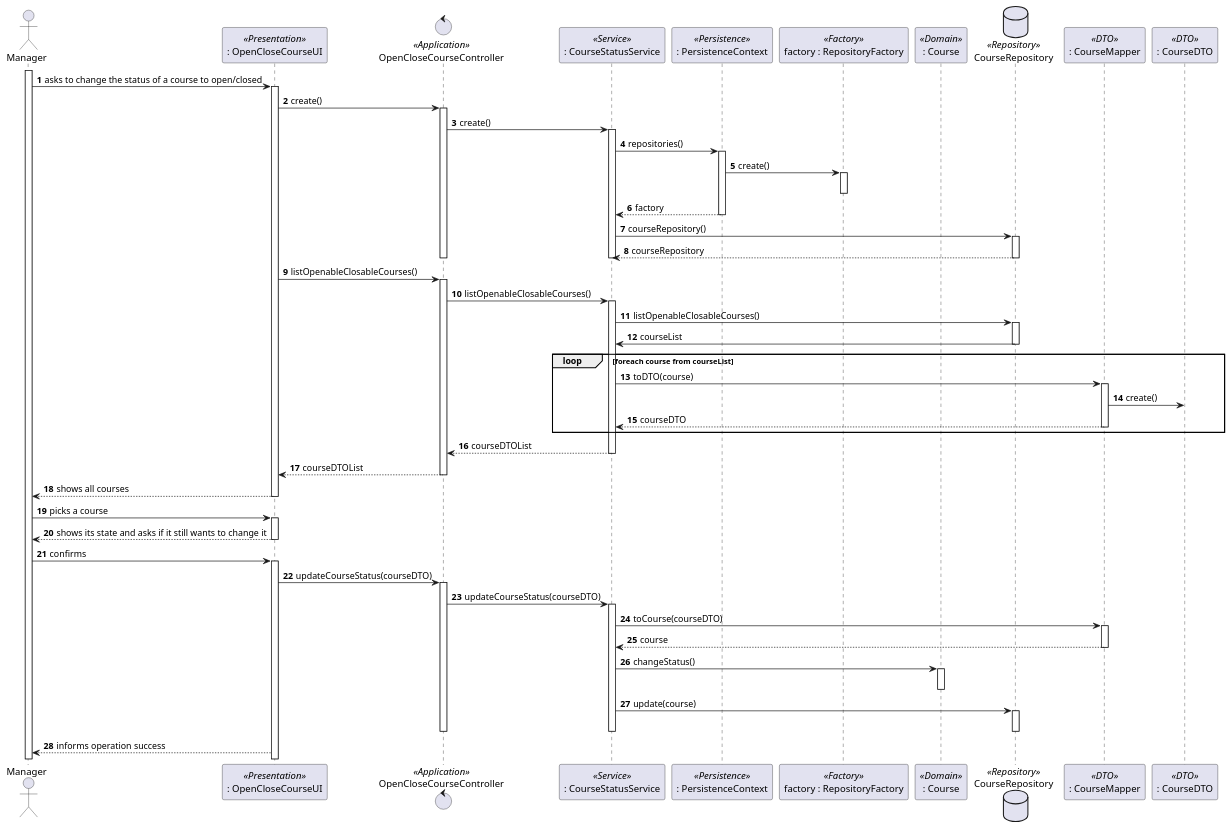
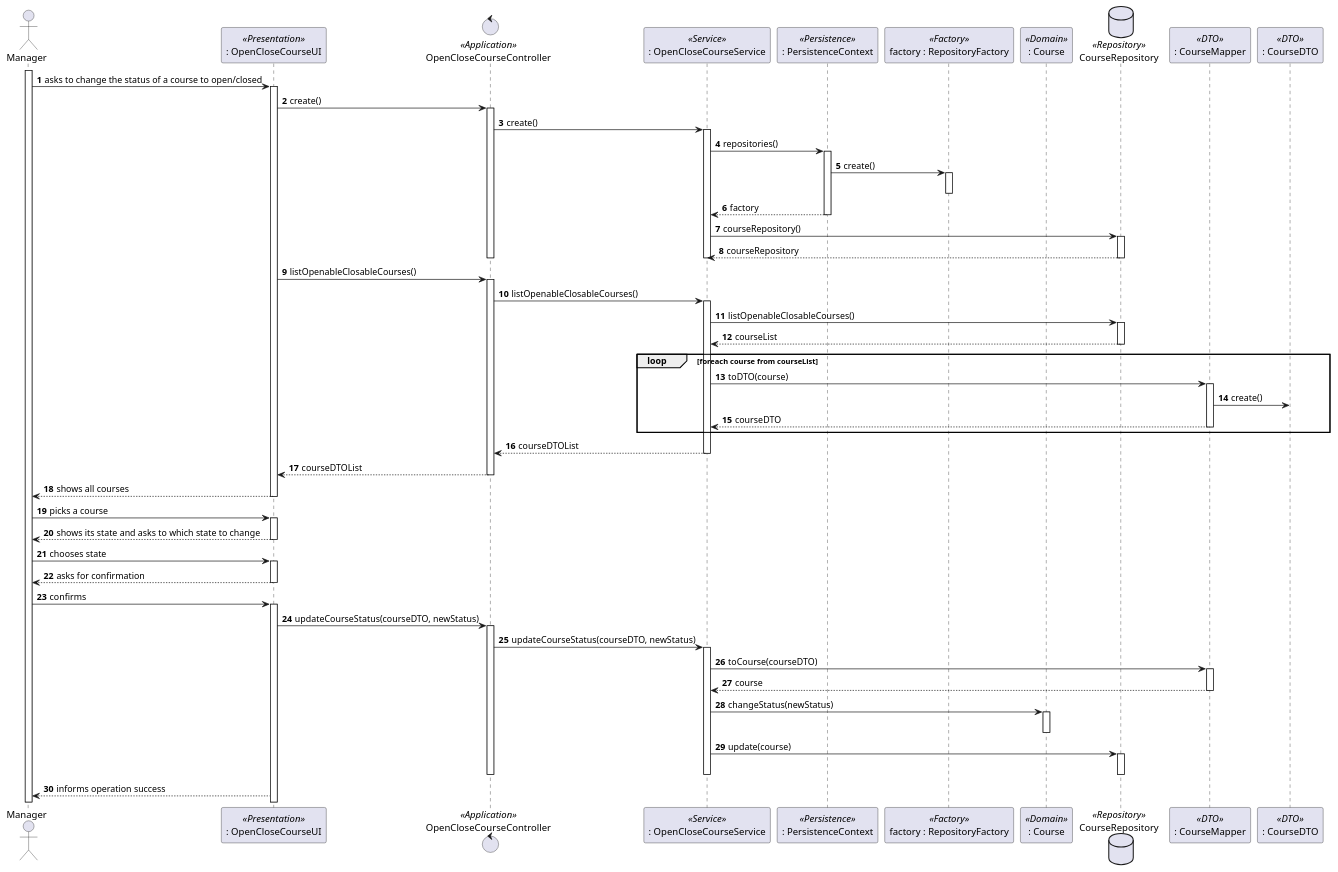
One commit to Marco-Nobrega-Andrade/sem4pi_22_23 changed the diagram in docs/Sprint_B/us_1004/us_1004_SD.puml. Above: the diagram before and after it, drawn with PlantUML. The commit also changed 1 other file, not shown here.

```diff
--- a/docs/Sprint_B/us_1004/us_1004_SD.puml
+++ b/docs/Sprint_B/us_1004/us_1004_SD.puml
@@ -1,91 +1,95 @@
 @startuml
 autonumber
 actor "Manager" as MGR
 
 participant ": OpenCloseCourseUI" as UI <<Presentation>>
 control "OpenCloseCourseController" as CTRL <<Application>>
-participant ": CourseStatusService" as CSS <<Service>>
+participant ": OpenCloseCourseService" as CSS <<Service>>
 participant ": PersistenceContext" as PC <<Persistence>>
 participant "factory : RepositoryFactory" as RF <<Factory>>
 participant ": Course" as C <<Domain>>
 database CourseRepository as CR <<Repository>>
 participant ": CourseMapper" as CM <<DTO>>
 participant ": CourseDTO" as CDTO <<DTO>>
 
 activate MGR
 MGR -> UI : asks to change the status of a course to open/closed
 activate UI
 UI -> CTRL : create()
 activate CTRL
 CTRL -> CSS : create()
 activate CSS
 CSS -> PC : repositories()
 activate PC
 PC -> RF : create()
 activate RF
 deactivate RF
 PC --> CSS : factory
 deactivate PC
 CSS ->CR : courseRepository()
 activate CR
 CR --> CSS : courseRepository
 deactivate CR
 deactivate CSS
 deactivate CTRL
 
 
 UI->CTRL : listOpenableClosableCourses()
 activate CTRL
 CTRL-> CSS : listOpenableClosableCourses()
 activate CSS
 CSS -> CR : listOpenableClosableCourses()
 activate CR
-CR -> CSS : courseList
+CR --> CSS : courseList
 deactivate CR
 deactivate CR
 loop foreach course from courseList
 CSS -> CM : toDTO(course)
 activate CM
 CM -> CDTO : create()
 deactivate CDTO
 CM --> CSS : courseDTO
 deactivate CM
 end loop
 CSS --> CTRL : courseDTOList
 deactivate CSS
 CTRL --> UI : courseDTOList
 deactivate CTRL
 
 UI --> MGR : shows all courses
 deactivate UI
 
 MGR -> UI : picks a course
 activate UI
 
-UI --> MGR : shows its state and asks if it still wants to change it
+UI --> MGR : shows its state and asks to which state to change
+deactivate UI
+MGR -> UI : chooses state
+activate UI
+UI --> MGR : asks for confirmation
 deactivate UI
 
 MGR-> UI : confirms
 activate UI
-UI -> CTRL : updateCourseStatus(courseDTO)
+UI -> CTRL : updateCourseStatus(courseDTO, newStatus)
 activate CTRL
 
-CTRL -> CSS : updateCourseStatus(courseDTO)
+CTRL -> CSS : updateCourseStatus(courseDTO, newStatus)
 activate CSS
 CSS -> CM : toCourse(courseDTO)
 activate CM
 CM --> CSS : course
 deactivate CM
-CSS -> C : changeStatus()
+CSS -> C : changeStatus(newStatus)
 activate C
 deactivate C
 
 CSS -> CR : update(course)
 activate CR
 deactivate CR
 deactivate CSS
 deactivate CTRL
 
 UI--> MGR : informs operation success
 
 @enduml
```
